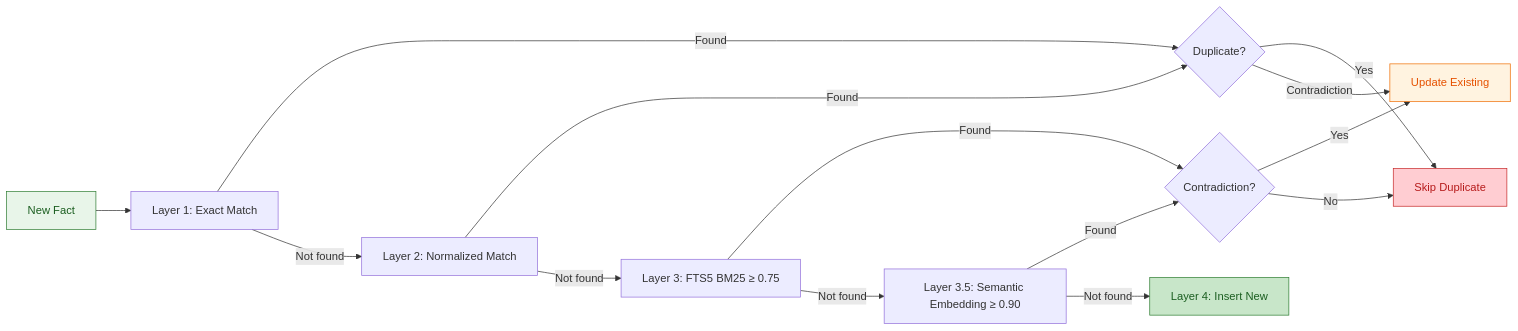
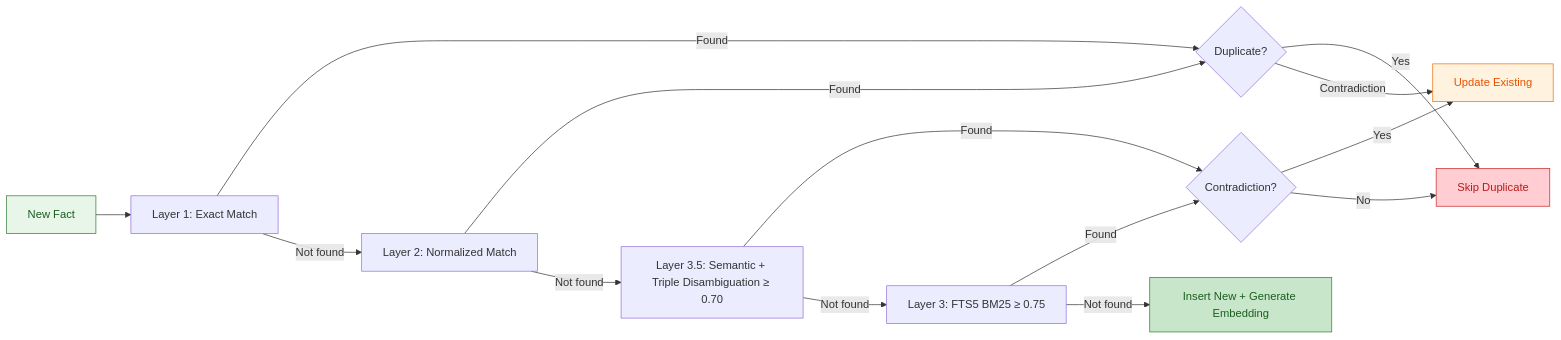
One commit to luksamuk/sprachspiel changed the seventh of 9 diagrams in doc/src/development/memory-architecture.md. Above: the diagram before and after it, drawn with Mermaid. The commit also changed other lines of this file and 2 other files, not shown here.

First line of the commit message:
docs: update stale architecture, implementation-history, and memory-arch

````diff
--- a/doc/src/development/memory-architecture.md
+++ b/doc/src/development/memory-architecture.md
@@ -360,21 +362,21 @@
 ```mermaid
 graph LR
     A[New Fact] --> B[Layer 1: Exact Match]
     B -->|Found| C{Duplicate?}
     B -->|Not found| D[Layer 2: Normalized Match]
     D -->|Found| C
-    D -->|Not found| E[Layer 3: FTS5 BM25 ≥ 0.75]
-    E -->|Found| F{Contradiction?}
-    E -->|Not found| G[Layer 3.5: Semantic Embedding ≥ 0.90]
-    G -->|Found| F
-    G -->|Not found| H[Layer 4: Insert New]
+    D -->|Not found| E2[Layer 3.5: Semantic + Triple Disambiguation ≥ 0.70]
+    E2 -->|Found| F{Contradiction?}
+    E2 -->|Not found| E[Layer 3: FTS5 BM25 ≥ 0.75]
+    E -->|Found| F
+    E -->|Not found| H[Insert New + Generate Embedding]
     F -->|Yes| I[Update Existing]
     F -->|No| J[Skip Duplicate]
     C -->|Yes| J
     C -->|Contradiction| I
-    
+
     style A fill:#e8f5e9,stroke:#2e7d32,color:#1b5e20
     style H fill:#c8e6c9,stroke:#2e7d32,color:#1b5e20
     style I fill:#fff3e0,stroke:#ef6c00,color:#e65100
     style J fill:#ffcdd2,stroke:#c62828,color:#b71c1c
 ```
````
